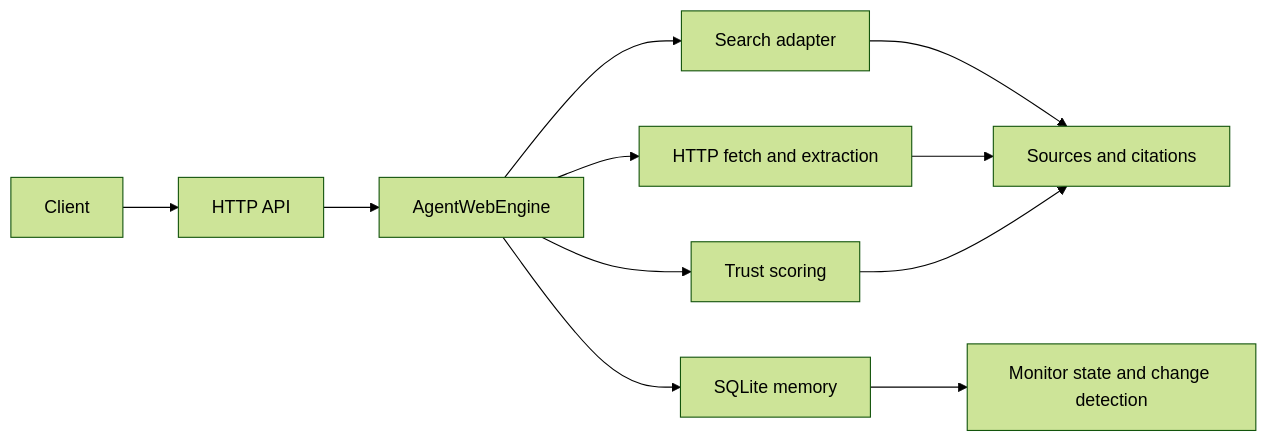
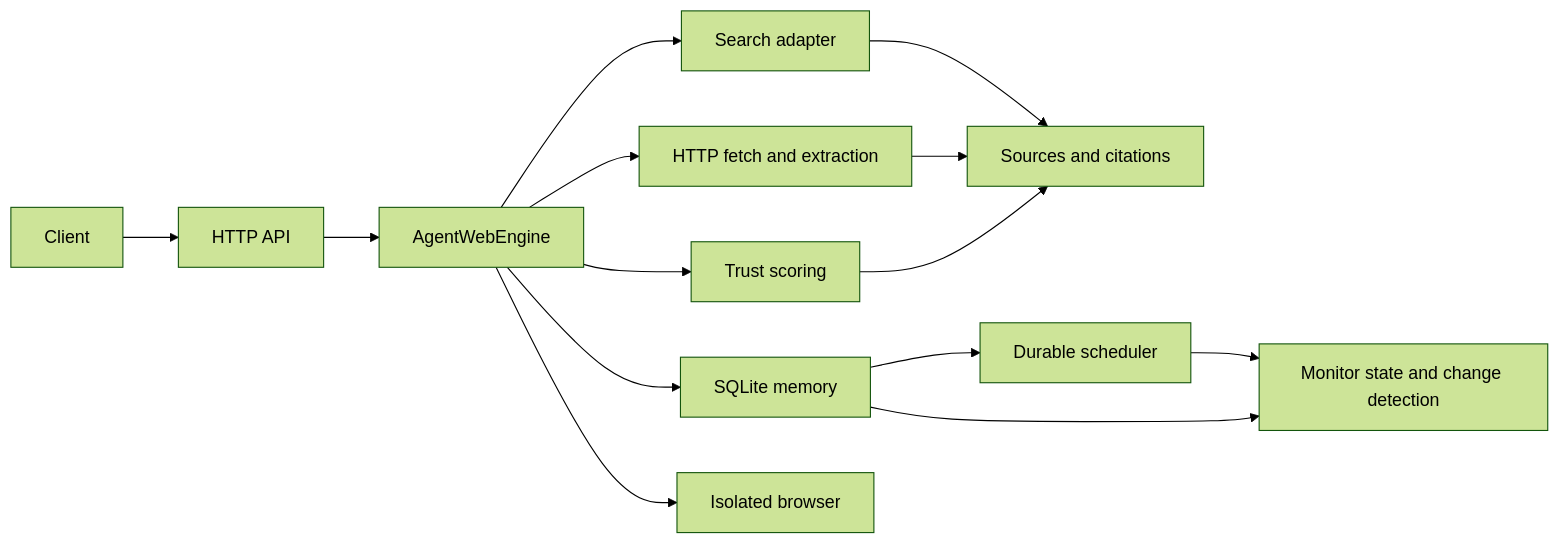
The diagram in README.md (vincenzo-afk/AgentWeb), drawn with Mermaid (forest theme) before and after one commit. The commit also changed other lines of this file and 19 other files, not shown here.

Commit message:
Add rendered browser and durable scheduler

````diff
--- a/README.md
+++ b/README.md
@@ -143,13 +163,16 @@
 ```mermaid
 flowchart LR
     Client[Client] --> API[HTTP API]
     API --> Engine[AgentWebEngine]
     Engine --> Search[Search adapter]
     Engine --> Fetch[HTTP fetch and extraction]
     Engine --> Trust[Trust scoring]
     Engine --> Memory[SQLite memory]
+    Engine --> Browser[Isolated browser]
+    Memory --> Scheduler[Durable scheduler]
     Search --> Sources[Sources and citations]
     Fetch --> Sources
     Trust --> Sources
     Memory --> Monitor[Monitor state and change detection]
+    Scheduler --> Monitor
 ```
````
